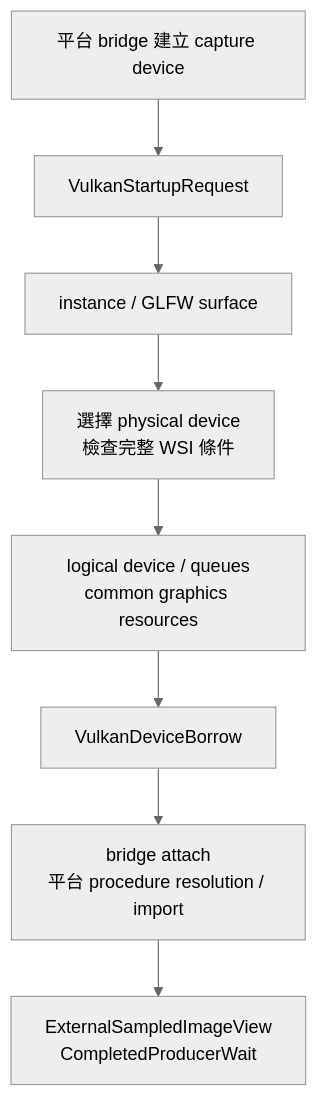
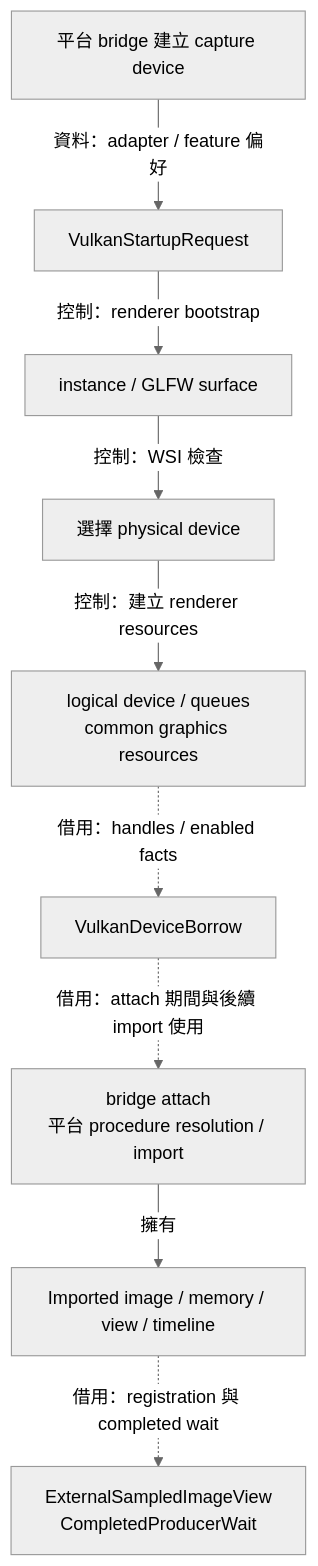
Before and after one commit to Mes0903/avb0795: the second of 8 diagrams in docs/architecture/shared-vulkan-renderer.md, drawn with Mermaid (neutral theme). The commit also changed other lines of this file and 156 other files, not shown here.

````diff
--- a/docs/architecture/shared-vulkan-renderer.md
+++ b/docs/architecture/shared-vulkan-renderer.md
@@ -32,10 +36,11 @@
 ```mermaid
 flowchart TD
-  B[平台 bridge 建立 capture device] --> S[VulkanStartupRequest]
-  S --> I[instance / GLFW surface]
-  I --> D[選擇 physical device<br/>檢查完整 WSI 條件]
-  D --> L[logical device / queues<br/>common graphics resources]
-  L --> V[VulkanDeviceBorrow]
-  V --> A[bridge attach<br/>平台 procedure resolution / import]
-  A --> E[ExternalSampledImageView<br/>CompletedProducerWait]
+  B[平台 bridge 建立 capture device] -->|資料：adapter / feature 偏好| S[VulkanStartupRequest]
+  S -->|控制：renderer bootstrap| I[instance / GLFW surface]
+  I -->|控制：WSI 檢查| D[選擇 physical device]
+  D -->|控制：建立 renderer resources| L[logical device / queues<br/>common graphics resources]
+  L -.->|借用：handles / enabled facts| V[VulkanDeviceBorrow]
+  V -.->|借用：attach 期間與後續 import 使用| A[bridge attach<br/>平台 procedure resolution / import]
+  A -->|擁有| Imports[Imported image / memory / view / timeline]
+  Imports -.->|借用：registration 與 completed wait| E[ExternalSampledImageView<br/>CompletedProducerWait]
 ```
````
